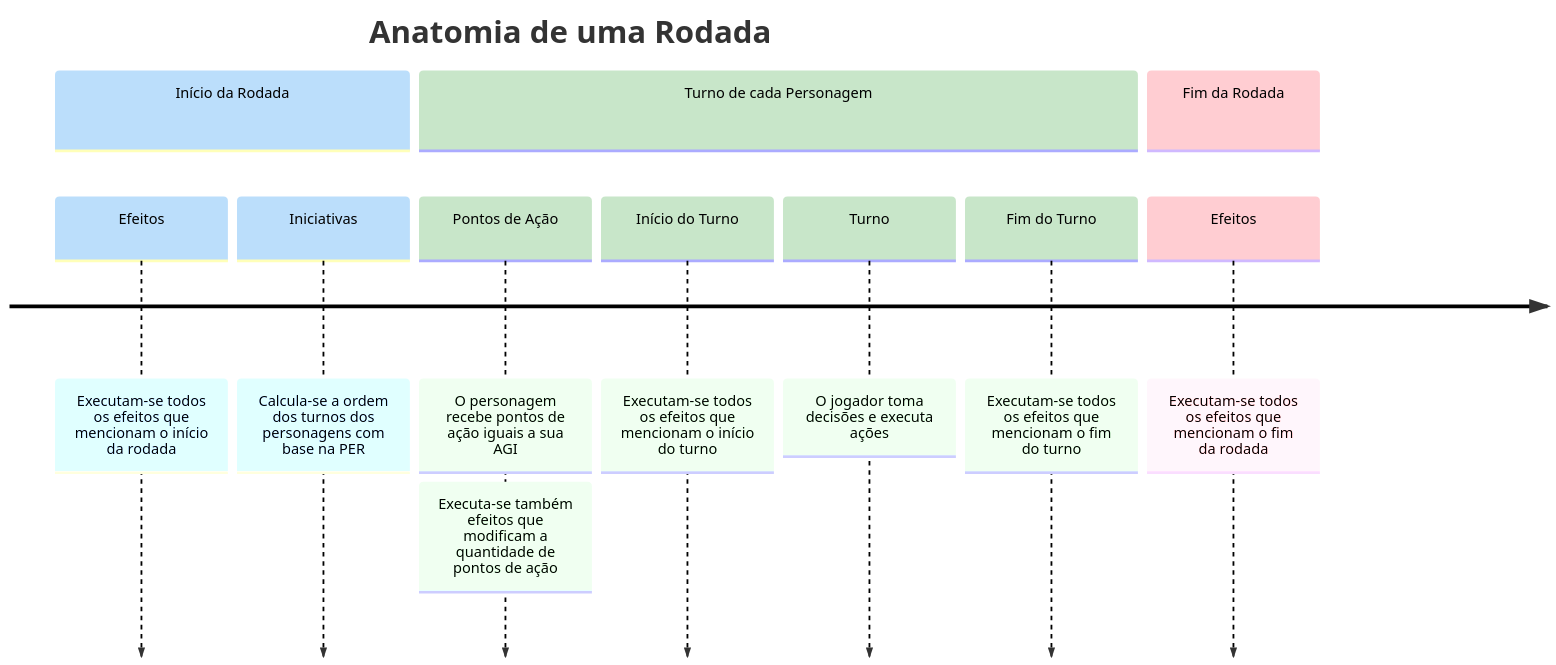
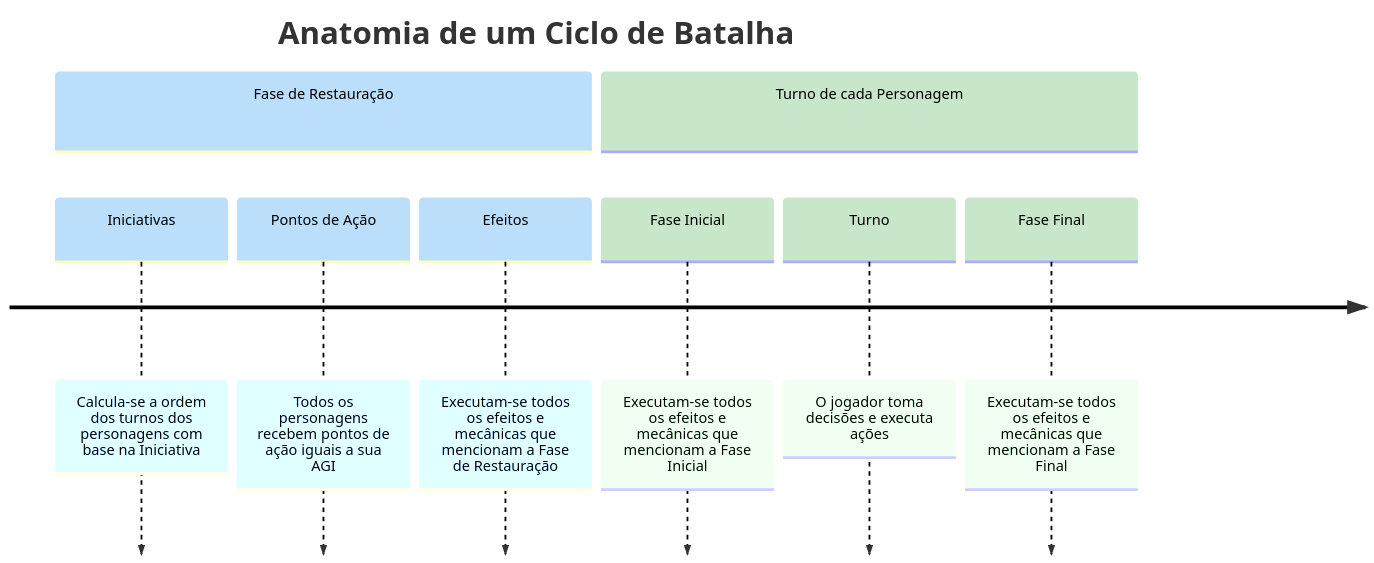
Before and after one commit to Paracosmus/ApotheosisRulebook: the diagram in battle/turn.md, drawn with Mermaid. The commit also changed 2 other files, not shown here.

Commit message:
feat: Update turn and Lignum documentation; clarify phases and enhance card descriptions

````diff
--- a/battle/turn.md
+++ b/battle/turn.md
@@ -26,31 +26,26 @@
 ```mermaid
 %%{init: { 'logLevel': 'debug', 'theme': 'default' , 'themeVariables': {
     'cScale0': '#BBDEFB', 'cScaleLabel0': '#000000',
     'cScale1': '#C8E6C9',
     'cScale2': '#FFCDD2'
 } } }%%
 
 timeline
-    title Anatomia de uma Rodada
+    title Anatomia de um Ciclo de Batalha
 
-    section Início da Rodada
+    section Fase de Restauração
+        Iniciativas
+            : Calcula-se a ordem dos turnos dos personagens com base na Iniciativa
+        Pontos de Ação
+            : Todos os personagens recebem pontos de ação iguais a sua AGI
         Efeitos
-            : Executam-se todos os efeitos que mencionam o início da rodada
-        Iniciativas
-            : Calcula-se a ordem dos turnos dos personagens com base na PER
+            : Executam-se todos os efeitos e mecânicas que mencionam a Fase de Restauração
 
     section Turno de cada Personagem
-        Pontos de Ação
-            : O personagem recebe pontos de ação iguais a sua AGI
-            : Executa-se também efeitos que modificam a quantidade de pontos de ação
-        Início do Turno
-            : Executam-se todos os efeitos que mencionam o início do turno
+        Fase Inicial
+            : Executam-se todos os efeitos e mecânicas que mencionam a Fase Inicial
         Turno
             : O jogador toma decisões e executa ações
-        Fim do Turno
-            : Executam-se todos os efeitos que mencionam o fim do turno
-
-    section Fim da Rodada
-        Efeitos
-            : Executam-se todos os efeitos que mencionam o fim da rodada
+        Fase Final
+            : Executam-se todos os efeitos e mecânicas que mencionam a Fase Final
 ```
````
